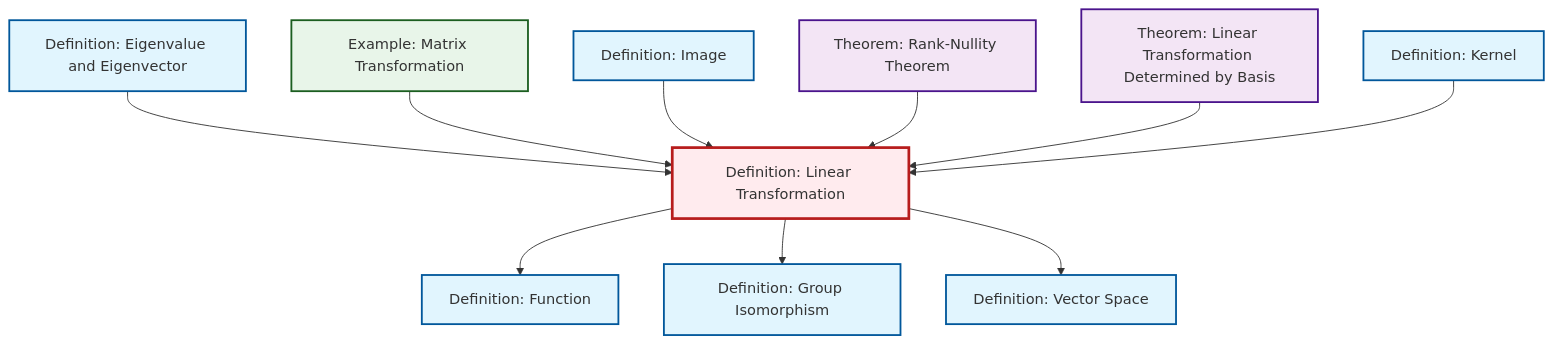
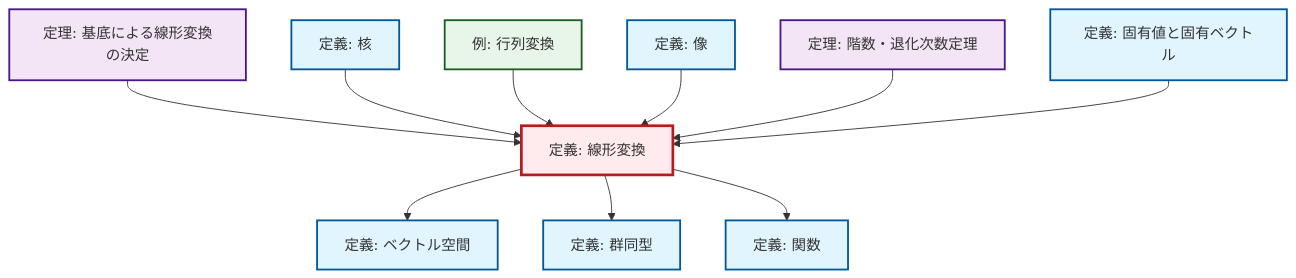
One commit to RK0429/ModernMath changed the diagram in content/ja/algebra/def-linear-transformation.qmd. Above: the diagram before and after it, drawn with Mermaid. The commit also changed 1069 other files, not shown here.

````diff
--- a/content/ja/algebra/def-linear-transformation.qmd
+++ b/content/ja/algebra/def-linear-transformation.qmd
@@ -48,38 +48,38 @@
 ```{mermaid}
 %%| fig-cap: "Local dependency graph"
 graph TD
     classDef definition fill:#e1f5fe,stroke:#01579b,stroke-width:2px
     classDef theorem fill:#f3e5f5,stroke:#4a148c,stroke-width:2px
     classDef axiom fill:#fff3e0,stroke:#e65100,stroke-width:2px
     classDef example fill:#e8f5e9,stroke:#1b5e20,stroke-width:2px
     classDef current fill:#ffebee,stroke:#b71c1c,stroke-width:3px
-    ex-matrix-transformation["Example: Matrix Transformation"]:::example
-    thm-rank-nullity["Theorem: Rank-Nullity Theorem"]:::theorem
-    def-isomorphism["Definition: Group Isomorphism"]:::definition
-    def-image["Definition: Image"]:::definition
-    def-eigenvalue-eigenvector["Definition: Eigenvalue and Eigenvector"]:::definition
-    def-kernel["Definition: Kernel"]:::definition
-    def-function["Definition: Function"]:::definition
-    thm-linear-transformation-basis["Theorem: Linear Transformation Determined by Basis"]:::theorem
-    def-linear-transformation["Definition: Linear Transformation"]:::definition
-    def-vector-space["Definition: Vector Space"]:::definition
-    def-eigenvalue-eigenvector --> def-linear-transformation
-    def-linear-transformation --> def-function
+    ex-matrix-transformation["例: 行列変換"]:::example
+    def-image["定義: 像"]:::definition
+    def-linear-transformation["定義: 線形変換"]:::definition
+    thm-linear-transformation-basis["定理: 基底による線形変換の決定"]:::theorem
+    def-vector-space["定義: ベクトル空間"]:::definition
+    def-function["定義: 関数"]:::definition
+    def-eigenvalue-eigenvector["定義: 固有値と固有ベクトル"]:::definition
+    def-isomorphism["定義: 群同型"]:::definition
+    thm-rank-nullity["定理: 階数・退化次数定理"]:::theorem
+    def-kernel["定義: 核"]:::definition
+    def-linear-transformation --> def-vector-space
     def-linear-transformation --> def-isomorphism
-    def-linear-transformation --> def-vector-space
+    thm-linear-transformation-basis --> def-linear-transformation
+    def-kernel --> def-linear-transformation
     ex-matrix-transformation --> def-linear-transformation
     def-image --> def-linear-transformation
+    def-linear-transformation --> def-function
     thm-rank-nullity --> def-linear-transformation
-    thm-linear-transformation-basis --> def-linear-transformation
-    def-kernel --> def-linear-transformation
+    def-eigenvalue-eigenvector --> def-linear-transformation
     class def-linear-transformation current
-    click ex-matrix-transformation "ex-matrix-transformation.html" "Example: Matrix Transformationへ"
-    click thm-rank-nullity "thm-rank-nullity.html" "Theorem: Rank-Nullity Theoremへ"
-    click def-isomorphism "def-isomorphism.html" "Definition: Group Isomorphismへ"
-    click def-image "def-image.html" "Definition: Imageへ"
-    click def-eigenvalue-eigenvector "def-eigenvalue-eigenvector.html" "Definition: Eigenvalue and Eigenvectorへ"
-    click def-kernel "def-kernel.html" "Definition: Kernelへ"
-    click def-function "def-function.html" "Definition: Functionへ"
-    click thm-linear-transformation-basis "thm-linear-transformation-basis.html" "Theorem: Linear Transformation Determined by Basisへ"
-    click def-vector-space "def-vector-space.html" "Definition: Vector Spaceへ"
+    click ex-matrix-transformation "ex-matrix-transformation.html" "行列変換の例へ"
+    click def-image "def-image.html" "像の定義へ"
+    click thm-linear-transformation-basis "thm-linear-transformation-basis.html" "基底による線形変換の決定の定理へ"
+    click def-vector-space "def-vector-space.html" "ベクトル空間の定義へ"
+    click def-function "def-function.html" "関数の定義へ"
+    click def-eigenvalue-eigenvector "def-eigenvalue-eigenvector.html" "固有値と固有ベクトルの定義へ"
+    click def-isomorphism "def-isomorphism.html" "群同型の定義へ"
+    click thm-rank-nullity "thm-rank-nullity.html" "階数・退化次数定理の定理へ"
+    click def-kernel "def-kernel.html" "核の定義へ"
 ```
````
